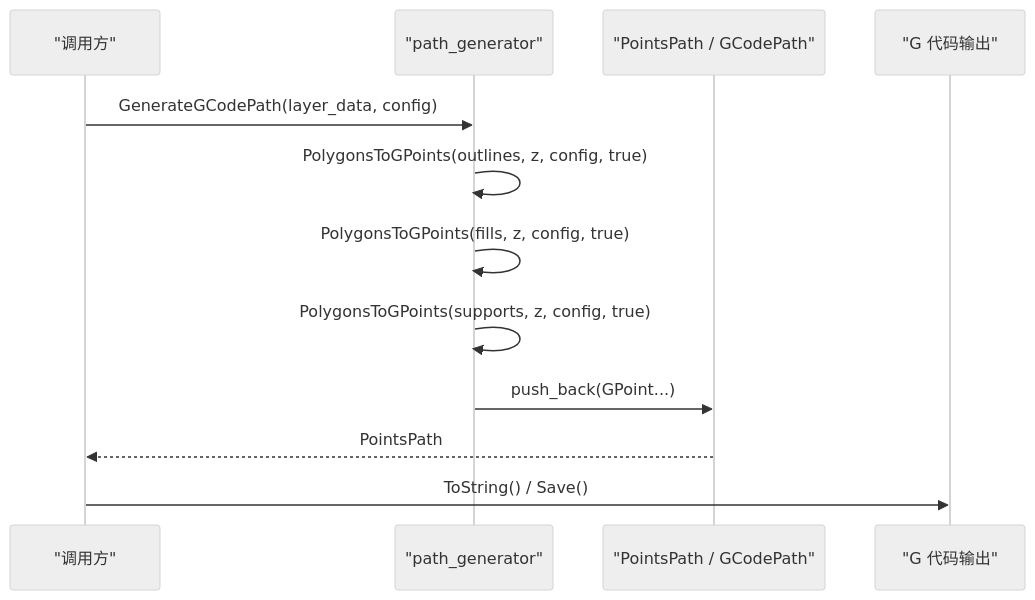
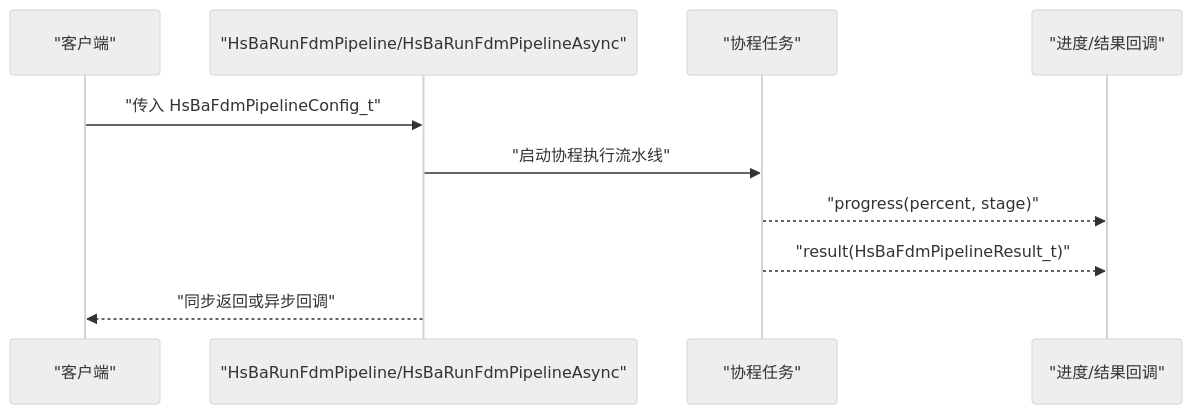
One commit to hsmbanlance/HsBaSlicer changed the sixth of 7 diagrams in .qoder/repowiki/zh/content/核心概念/核心概念.md. Above: the diagram before and after it, drawn with Mermaid (neutral theme). The commit also changed other lines of this file and 1095 other files, not shown here.

````diff
--- a/.qoder/repowiki/zh/content/核心概念/核心概念.md
+++ b/.qoder/repowiki/zh/content/核心概念/核心概念.md
@@ -335,14 +347,12 @@
 ```mermaid
 sequenceDiagram
-participant Caller as "调用方"
-participant Generator as "path_generator"
-participant Path as "PointsPath / GCodePath"
-participant Output as "G 代码输出"
-Caller->>Generator : GenerateGCodePath(layer_data, config)
-Generator->>Generator : PolygonsToGPoints(outlines, z, config, true)
-Generator->>Generator : PolygonsToGPoints(fills, z, config, true)
-Generator->>Generator : PolygonsToGPoints(supports, z, config, true)
-Generator->>Path : push_back(GPoint...)
-Path-->>Caller : PointsPath
-Caller->>Output : ToString() / Save()
+participant Client as "客户端"
+participant API as "HsBaRunFdmPipeline/HsBaRunFdmPipelineAsync"
+participant Task as "协程任务"
+participant CB as "进度/结果回调"
+Client->>API : "传入 HsBaFdmPipelineConfig_t"
+API->>Task : "启动协程执行流水线"
+Task-->>CB : "progress(percent, stage)"
+Task-->>CB : "result(HsBaFdmPipelineResult_t)"
+API-->>Client : "同步返回或异步回调"
 ```
````
